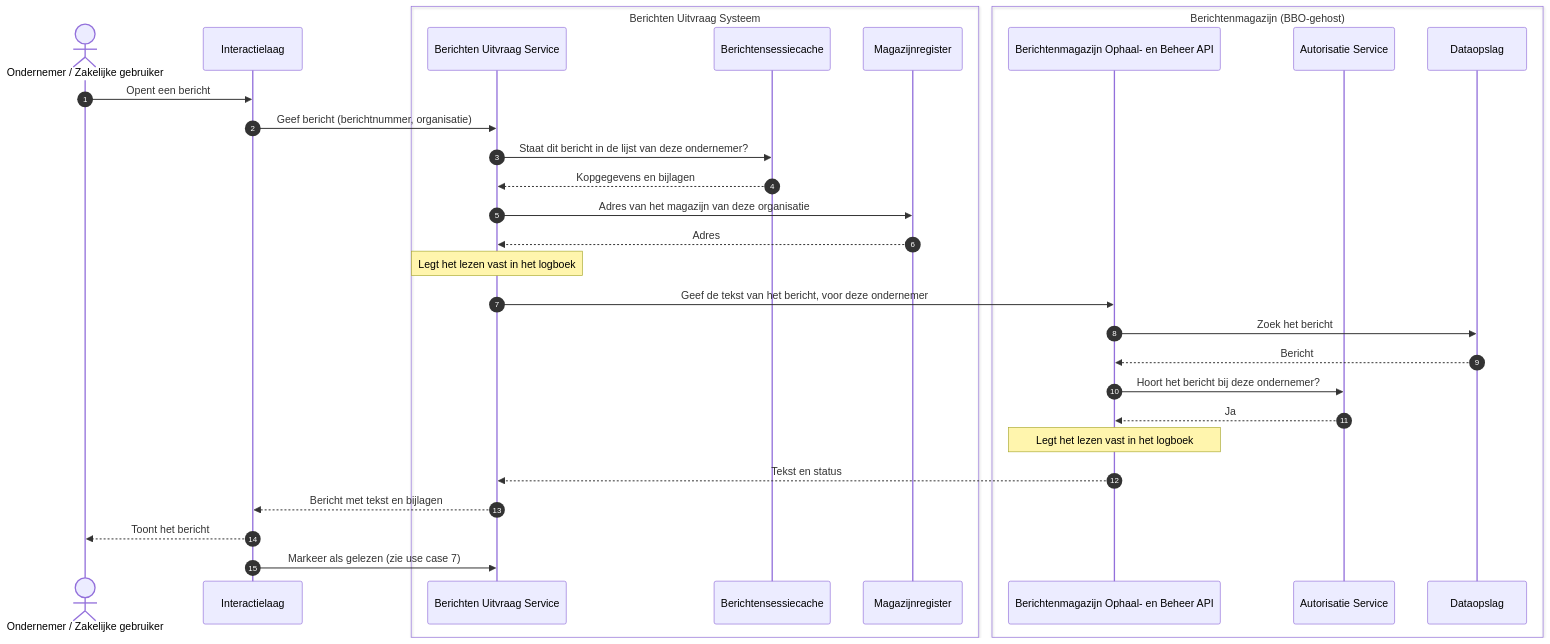
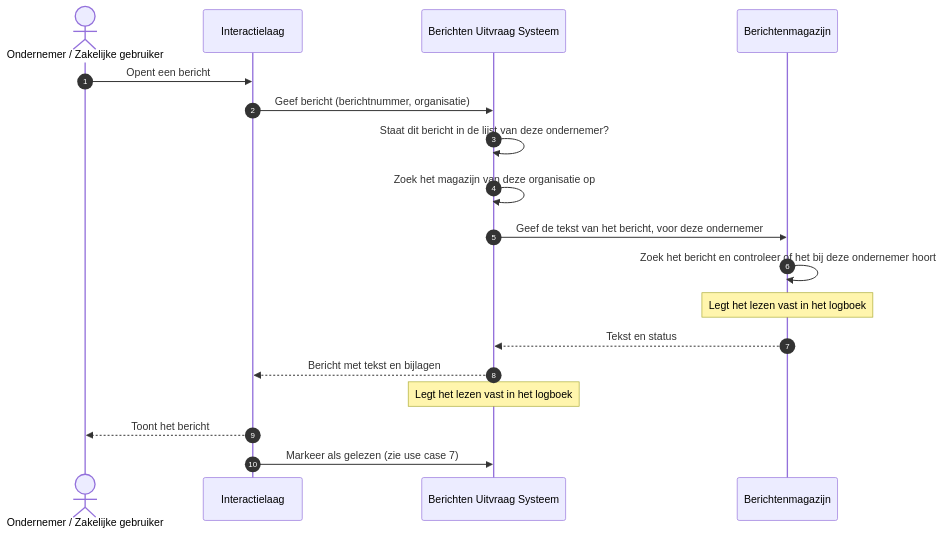
Before and after one commit to MinBZK/moza-poc-fbs-berichtenbox: the diagram in docs/architecture/workspace-docs/09-uc5-bericht-lezen.md, drawn with Mermaid. The commit also changed other lines of this file and 16 other files, not shown here.

````diff
--- a/docs/architecture/workspace-docs/09-uc5-bericht-lezen.md
+++ b/docs/architecture/workspace-docs/09-uc5-bericht-lezen.md
@@ -28,34 +28,21 @@
 ```mermaid
 sequenceDiagram
     autonumber
     actor OND as Ondernemer / Zakelijke gebruiker
     participant IL as Interactielaag
-    box Berichten Uitvraag Systeem
-        participant UV as Berichten Uitvraag Service
-        participant SC as Berichtensessiecache
-        participant REG as Magazijnregister
-    end
-    box Berichtenmagazijn (BBO-gehost)
-        participant OB as Berichtenmagazijn Ophaal- en Beheer API
-        participant AUT as Autorisatie Service
-        participant DB as Dataopslag
-    end
+    participant FBS as Berichten Uitvraag Systeem
+    participant MAG as Berichtenmagazijn
 
     OND->>IL: Opent een bericht
-    IL->>UV: Geef bericht (berichtnummer, organisatie)
-    UV->>SC: Staat dit bericht in de lijst van deze ondernemer?
-    SC-->>UV: Kopgegevens en bijlagen
-    UV->>REG: Adres van het magazijn van deze organisatie
-    REG-->>UV: Adres
-    Note over UV: Legt het lezen vast in het logboek
-    UV->>OB: Geef de tekst van het bericht, voor deze ondernemer
-    OB->>DB: Zoek het bericht
-    DB-->>OB: Bericht
-    OB->>AUT: Hoort het bericht bij deze ondernemer?
-    AUT-->>OB: Ja
-    Note over OB: Legt het lezen vast in het logboek
-    OB-->>UV: Tekst en status
-    UV-->>IL: Bericht met tekst en bijlagen
+    IL->>FBS: Geef bericht (berichtnummer, organisatie)
+    FBS->>FBS: Staat dit bericht in de lijst van deze ondernemer?
+    FBS->>FBS: Zoek het magazijn van deze organisatie op
+    FBS->>MAG: Geef de tekst van het bericht, voor deze ondernemer
+    MAG->>MAG: Zoek het bericht en controleer of het bij deze ondernemer hoort
+    Note over MAG: Legt het lezen vast in het logboek
+    MAG-->>FBS: Tekst en status
+    FBS-->>IL: Bericht met tekst en bijlagen
+    Note over FBS: Legt het lezen vast in het logboek
     IL-->>OND: Toont het bericht
-    IL->>UV: Markeer als gelezen (zie use case 7)
+    IL->>FBS: Markeer als gelezen (zie use case 7)
 ```
````
